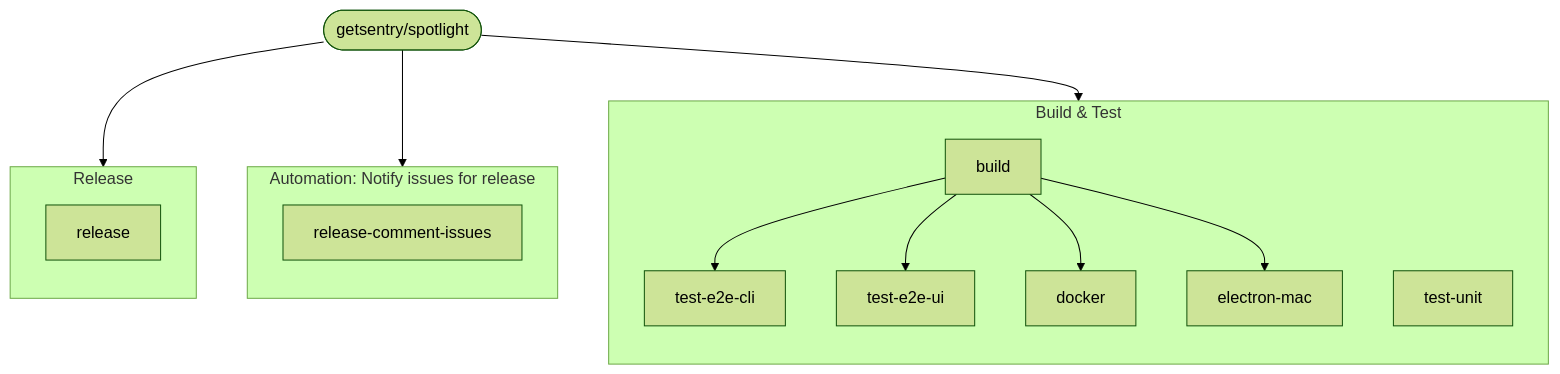
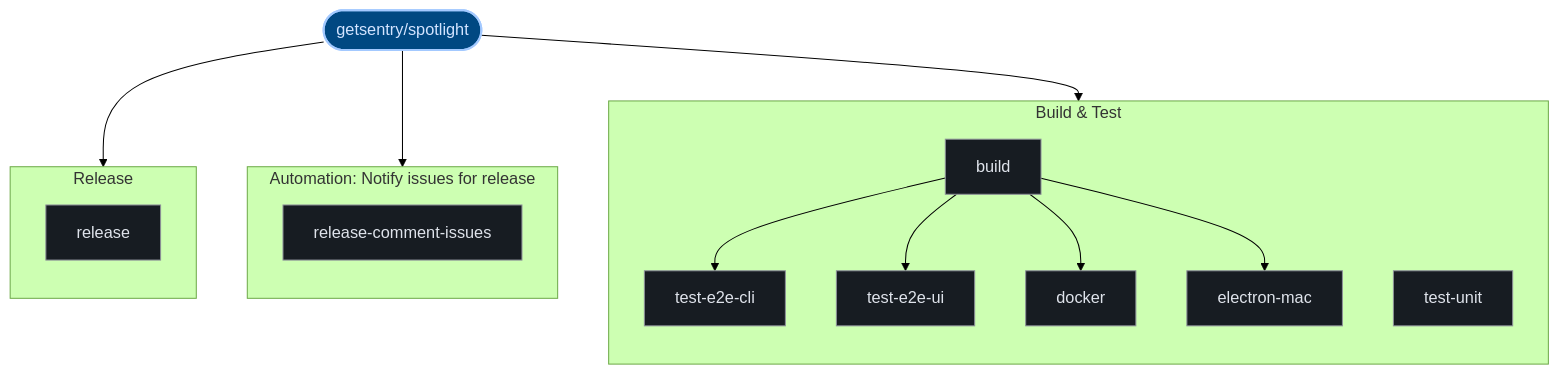
Before and after one commit to kumarshaz/atruss-code-atlas: the third of 3 diagrams in exports/latest/reports/getsentry-spotlight-report.md, drawn with Mermaid (forest theme). The commit also changed other lines of this file and 331 other files, not shown here.

Commit message:
docs,ui,fix: update SDLC docs, reorder CI/CD DAG first, stylize Mermaid, and fix Arc42 pipeline topology

````diff
--- a/exports/latest/reports/getsentry-spotlight-report.md
+++ b/exports/latest/reports/getsentry-spotlight-report.md
@@ -242,28 +253,35 @@
 ```mermaid
 graph TD;
-  pipeline_root(["getsentry/spotlight"])
+  classDef atlasRoot fill:#004882,stroke:#a3c9ff,stroke-width:2px,color:#d3e4ff
+  classDef atlasCategory fill:#212428,stroke:#E87A48,stroke-width:1.5px,color:#dfe3eb
+  classDef atlasWorkflow fill:#1b2026,stroke:#a3c9ff,stroke-width:1.5px,color:#dfe3eb
+  classDef atlasJob fill:#171c22,stroke:#8d9199,stroke-width:1px,color:#dfe3eb
+  classDef atlasTarget fill:#005227,stroke:#8bd99b,stroke-width:1.5px,color:#a7f6b6
+  classDef atlasAlert fill:#93000a,stroke:#ffb4ab,stroke-width:1.5px,color:#ffdad6
+  classDef atlasMore fill:#252a31,stroke:#8d9199,stroke-dasharray:4 4,color:#c3c6cf
+  pipeline_root(["getsentry/spotlight"]):::atlasRoot
   subgraph Build___Test_0["Build & Test"]
     direction TB
-    0_build["build"]
-    0_test_unit["test-unit"]
-    0_test_e2e_cli["test-e2e-cli"]
+    0_build["build"]:::atlasJob
+    0_test_unit["test-unit"]:::atlasJob
+    0_test_e2e_cli["test-e2e-cli"]:::atlasJob
     0_build --> 0_test_e2e_cli
-    0_test_e2e_ui["test-e2e-ui"]
+    0_test_e2e_ui["test-e2e-ui"]:::atlasJob
     0_build --> 0_test_e2e_ui
-    0_docker["docker"]
+    0_docker["docker"]:::atlasJob
     0_build --> 0_docker
-    0_electron_mac["electron-mac"]
+    0_electron_mac["electron-mac"]:::atlasJob
     0_build --> 0_electron_mac
   end
   pipeline_root --> 0_build
   subgraph Automation__Notify_issues_for_release_1["Automation: Notify issues for release"]
     direction TB
-    1_release_comment_issues["release-comment-issues"]
+    1_release_comment_issues["release-comment-issues"]:::atlasJob
   end
   pipeline_root --> 1_release_comment_issues
   subgraph Release_2["Release"]
     direction TB
-    2_release["release"]
+    2_release["release"]:::atlasJob
   end
   pipeline_root --> 2_release
 ```
````
